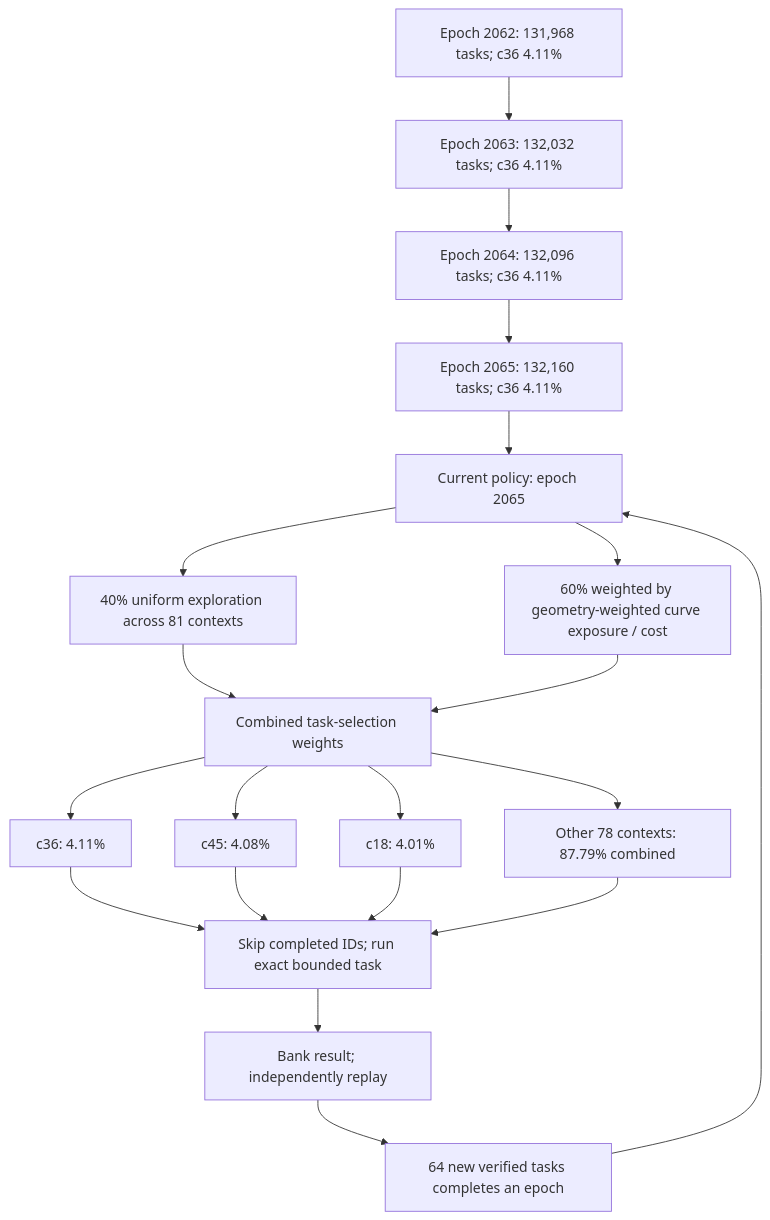
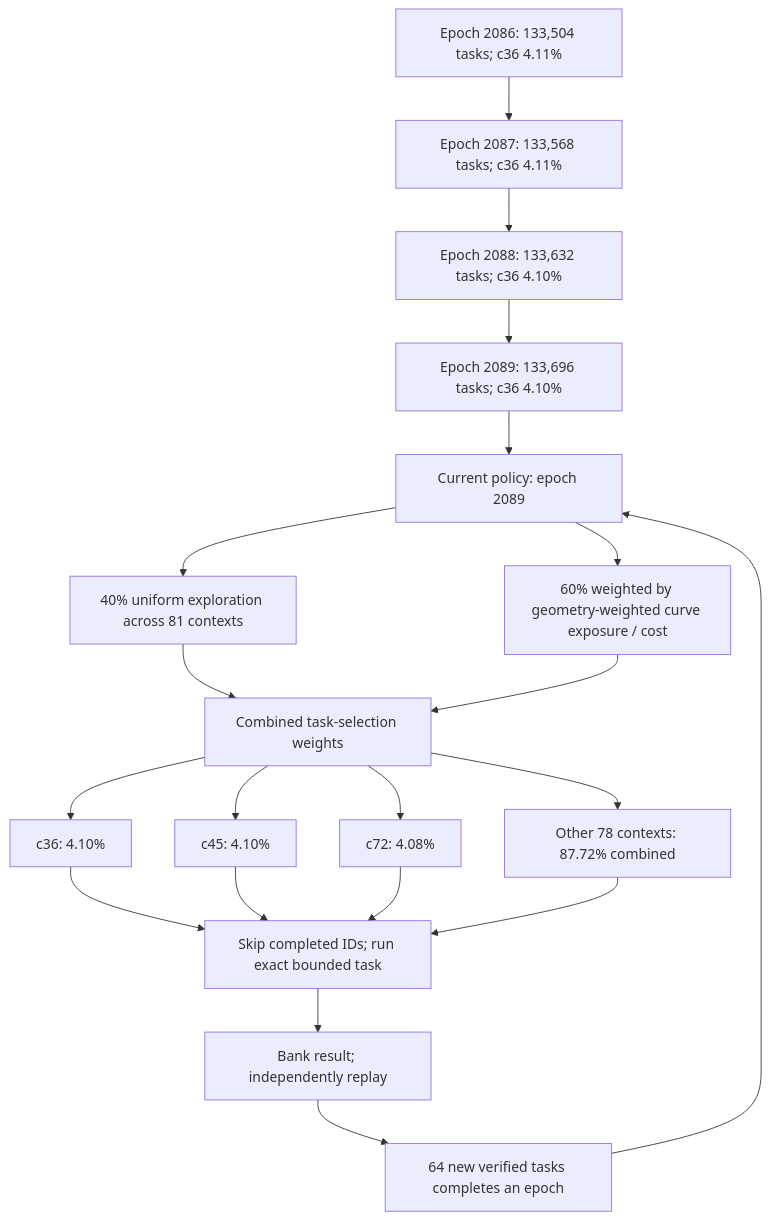
One commit to Kuberwastaken/math-gambling changed the first of 3 diagrams in README.md. Above: the diagram before and after it, drawn with Mermaid. The commit also changed other lines of this file and 3090 other files, not shown here.

````diff
--- a/README.md
+++ b/README.md
@@ -56,27 +56,27 @@
 ```mermaid
 flowchart TD
-    H0["Epoch 2062: 131,968 tasks; c36 4.11%"]
-    H1["Epoch 2063: 132,032 tasks; c36 4.11%"]
+    H0["Epoch 2086: 133,504 tasks; c36 4.11%"]
+    H1["Epoch 2087: 133,568 tasks; c36 4.11%"]
     H0 --> H1
-    H2["Epoch 2064: 132,096 tasks; c36 4.11%"]
+    H2["Epoch 2088: 133,632 tasks; c36 4.10%"]
     H1 --> H2
-    H3["Epoch 2065: 132,160 tasks; c36 4.11%"]
+    H3["Epoch 2089: 133,696 tasks; c36 4.10%"]
     H2 --> H3
-    Policy["Current policy: epoch 2065"]
+    Policy["Current policy: epoch 2089"]
     H3 --> Policy
     Policy --> Explore["40% uniform exploration across 81 contexts"]
     Policy --> Cost["60% weighted by geometry-weighted curve exposure / cost"]
     Explore --> Mix["Combined task-selection weights"]
     Cost --> Mix
-    Mix --> C0["c36: 4.11%"]
-    Mix --> C1["c45: 4.08%"]
-    Mix --> C2["c18: 4.01%"]
-    Mix --> Rest["Other 78 contexts: 87.79% combined"]
+    Mix --> C0["c36: 4.10%"]
+    Mix --> C1["c45: 4.10%"]
+    Mix --> C2["c72: 4.08%"]
+    Mix --> Rest["Other 78 contexts: 87.72% combined"]
     C0 --> Check["Skip completed IDs; run exact bounded task"]
     C1 --> Check
     C2 --> Check
     Rest --> Check
     Check --> Replay["Bank result; independently replay"]
     Replay --> Gate["64 new verified tasks completes an epoch"]
     Gate --> Policy
 ```
````
